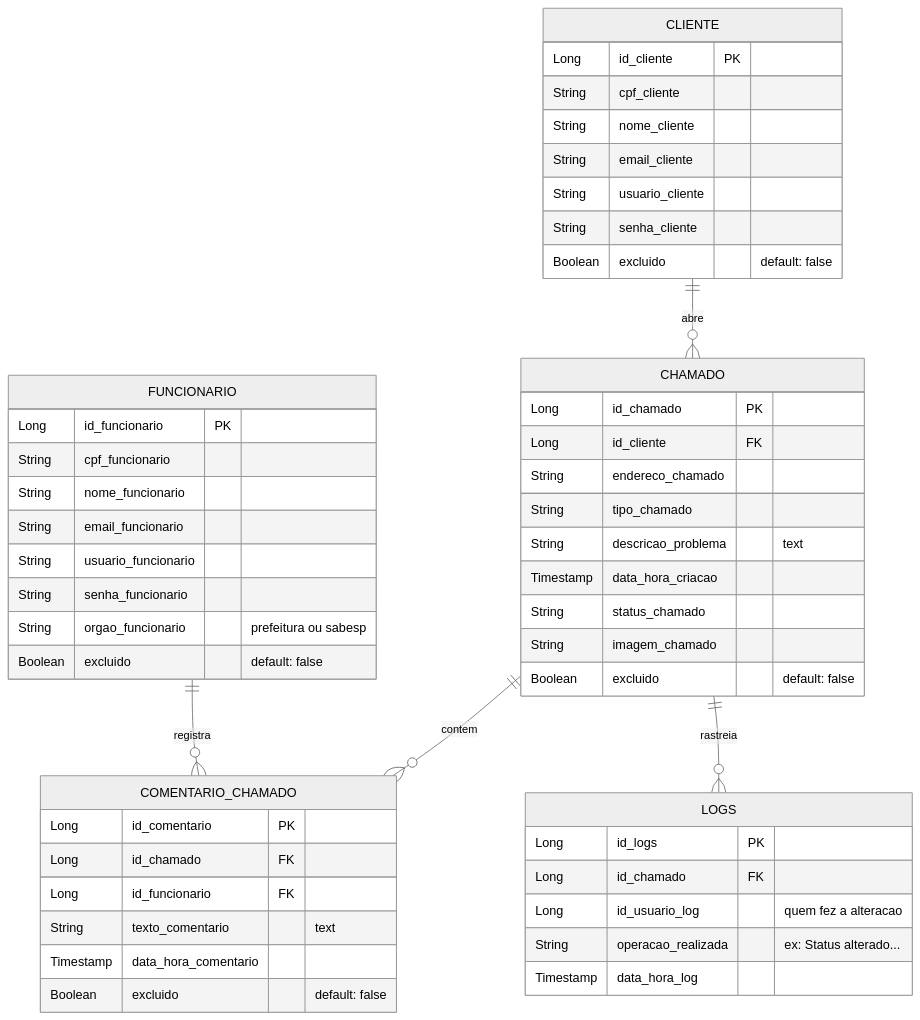
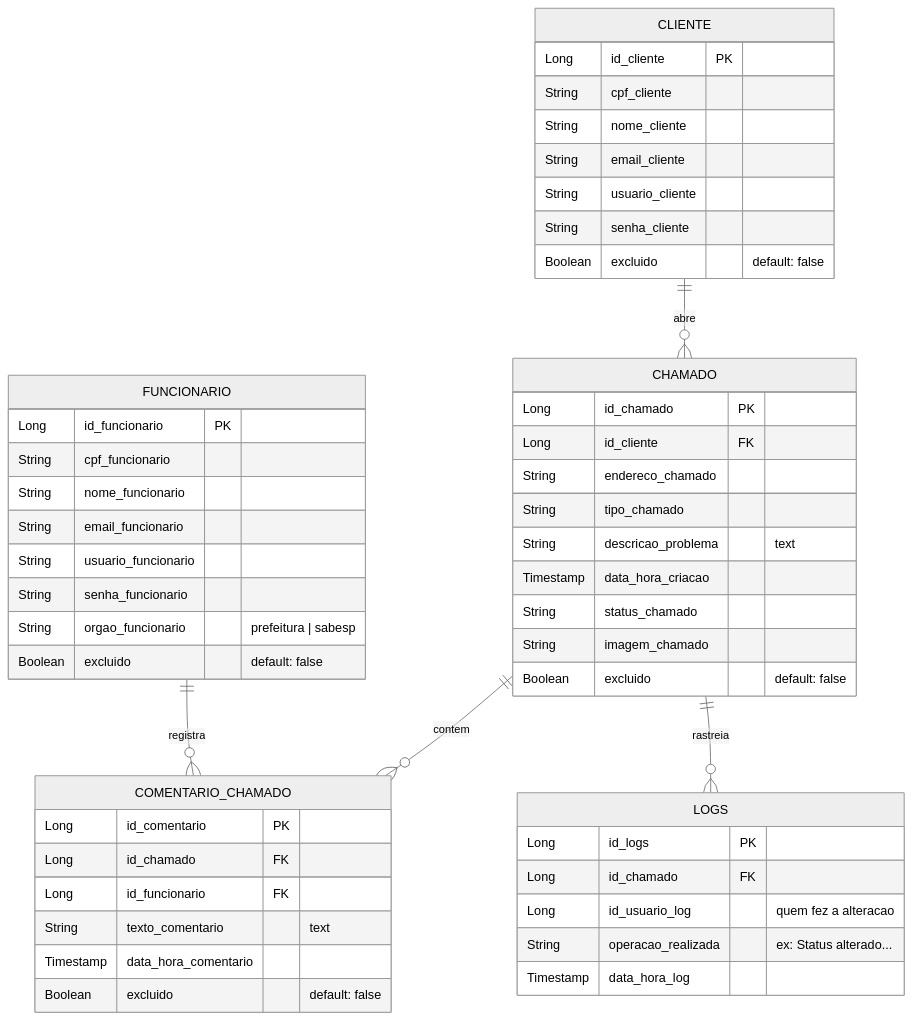
The second of 2 diagrams in docs/arquitetura-e-banco.md (CarvalhoNathan/sabesp), drawn with Mermaid (neutral theme) before and after one commit. The commit also changed other lines of this file and 4 other files, not shown here.

````diff
--- a/docs/arquitetura-e-banco.md
+++ b/docs/arquitetura-e-banco.md
@@ -47,57 +50,57 @@
 ```mermaid
 erDiagram
     CLIENTE ||--o{ CHAMADO : abre
     FUNCIONARIO ||--o{ COMENTARIO_CHAMADO : registra
     CHAMADO ||--o{ COMENTARIO_CHAMADO : contem
     CHAMADO ||--o{ LOGS : rastreia
 
     CLIENTE {
         Long id_cliente PK
         String cpf_cliente
         String nome_cliente
         String email_cliente
         String usuario_cliente
         String senha_cliente
         Boolean excluido "default: false"
     }
 
     CHAMADO {
         Long id_chamado PK
         Long id_cliente FK
         String endereco_chamado
         String tipo_chamado
         String descricao_problema "text"
         Timestamp data_hora_criacao
         String status_chamado
         String imagem_chamado
         Boolean excluido "default: false"
     }
 
     FUNCIONARIO {
         Long id_funcionario PK
         String cpf_funcionario
         String nome_funcionario
         String email_funcionario
         String usuario_funcionario
         String senha_funcionario
-        String orgao_funcionario "prefeitura ou sabesp"
+        String orgao_funcionario "prefeitura | sabesp"
         Boolean excluido "default: false"
     }
 
     COMENTARIO_CHAMADO {
         Long id_comentario PK
         Long id_chamado FK
         Long id_funcionario FK
         String texto_comentario "text"
         Timestamp data_hora_comentario
         Boolean excluido "default: false"
     }
 
     LOGS {
         Long id_logs PK
         Long id_chamado FK
         Long id_usuario_log "quem fez a alteracao"
         String operacao_realizada "ex: Status alterado..."
         Timestamp data_hora_log
     }
 ```
````
